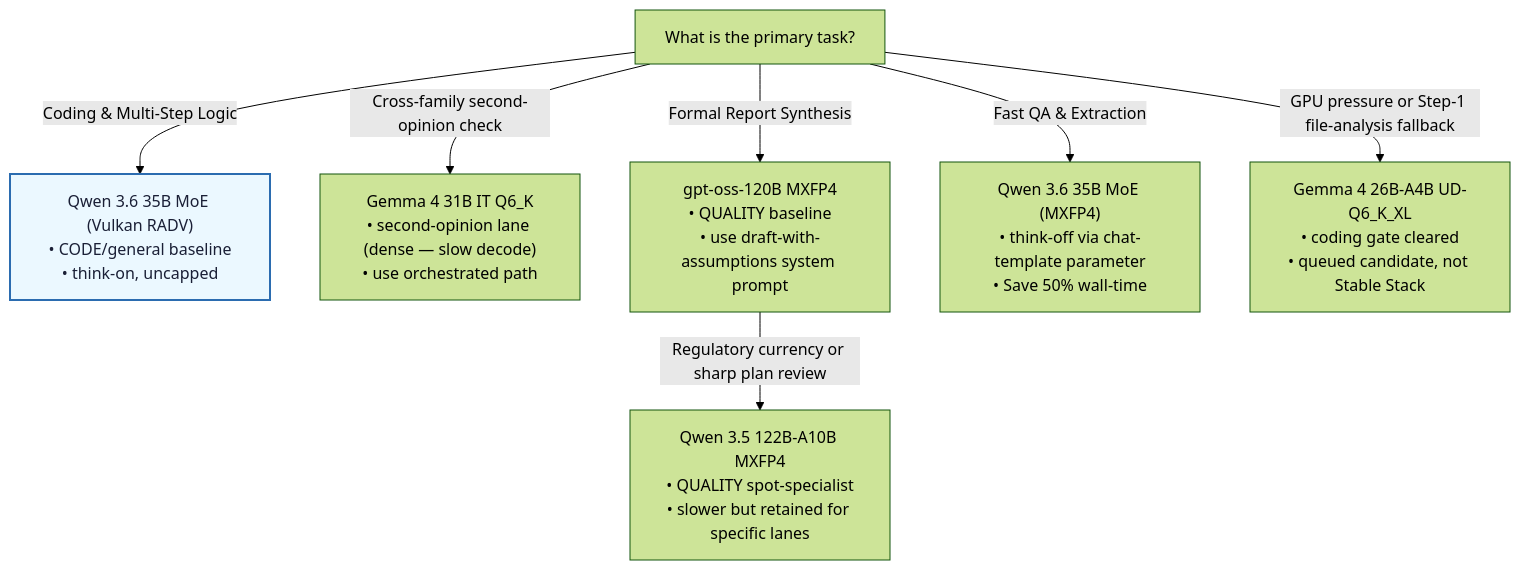
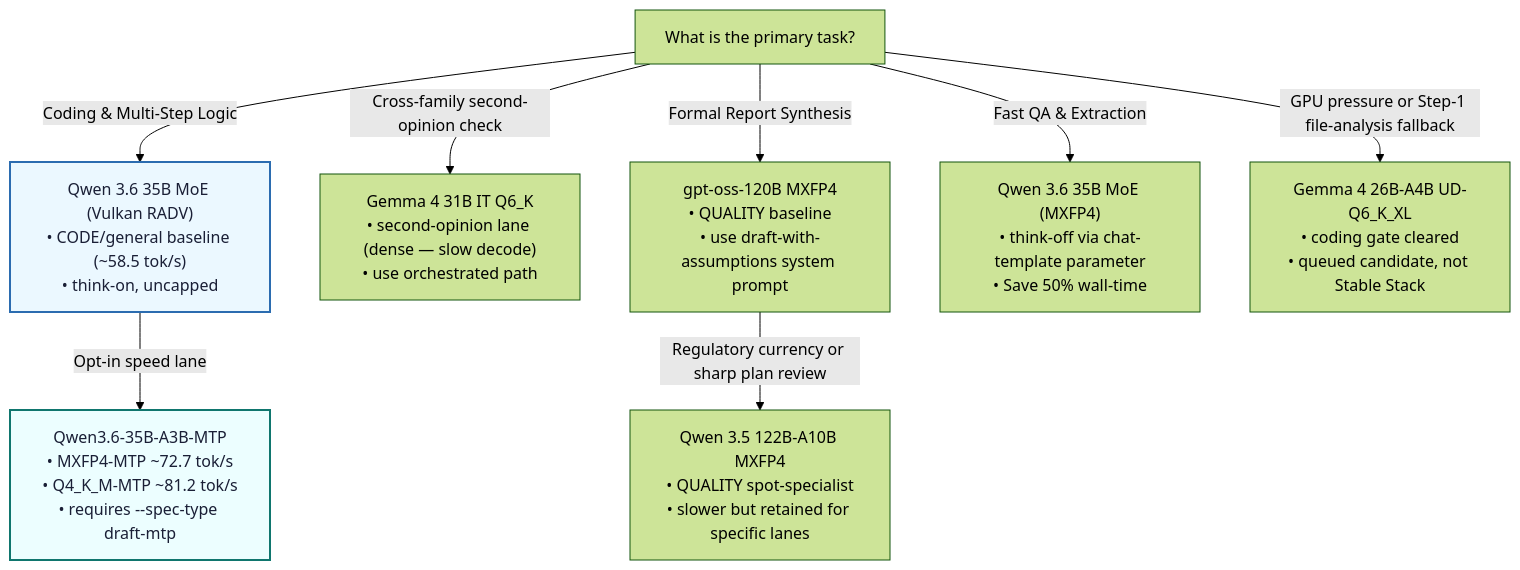
The diagram in reference/decision-tree.md (boxwrench/tesla_agent), drawn with Mermaid (forest theme) before and after one commit. The commit also changed other lines of this file and 19 other files, not shown here.

Commit message:
Add MTP speed lanes and credits

````diff
--- a/reference/decision-tree.md
+++ b/reference/decision-tree.md
@@ -5,17 +5,20 @@
 ```mermaid
 graph TD
     Start["What is the primary task?"]
     
-    Start -->|Coding & Multi-Step Logic| Code["Qwen 3.6 35B MoE (Vulkan RADV)<br/>• CODE/general baseline<br/>• think-on, uncapped"]
+    Start -->|Coding & Multi-Step Logic| Code["Qwen 3.6 35B MoE (Vulkan RADV)<br/>• CODE/general baseline (~58.5 tok/s)<br/>• think-on, uncapped"]
     style Code fill:#ebf8ff,stroke:#2b6cb0,stroke-width:2px,color:#1a1f36
+
+    Code -->|Opt-in speed lane| MTP["Qwen3.6-35B-A3B-MTP<br/>• MXFP4-MTP ~72.7 tok/s<br/>• Q4_K_M-MTP ~81.2 tok/s<br/>• requires --spec-type draft-mtp"]
+    style MTP fill:#ecfeff,stroke:#0f766e,stroke-width:2px,color:#1a1f36
 
     Start -->|Cross-family second-opinion check| GemmaCode["Gemma 4 31B IT Q6_K<br/>• second-opinion lane (dense — slow decode)<br/>• use orchestrated path"]
     
     Start -->|Formal Report Synthesis| Synth["gpt-oss-120B MXFP4<br/>• QUALITY baseline<br/>• use draft-with-assumptions system prompt"]
 
     Synth -->|Regulatory currency or sharp plan review| Specialist["Qwen 3.5 122B-A10B MXFP4<br/>• QUALITY spot-specialist<br/>• slower but retained for specific lanes"]
     
     Start -->|Fast QA & Extraction| Ext["Qwen 3.6 35B MoE (MXFP4)<br/>• think-off via chat-template parameter<br/>• Save 50% wall-time"]
 
     Start -->|GPU pressure or Step-1 file-analysis fallback| Queued["Gemma 4 26B-A4B UD-Q6_K_XL<br/>• coding gate cleared<br/>• queued candidate, not Stable Stack"]
 ```
````
